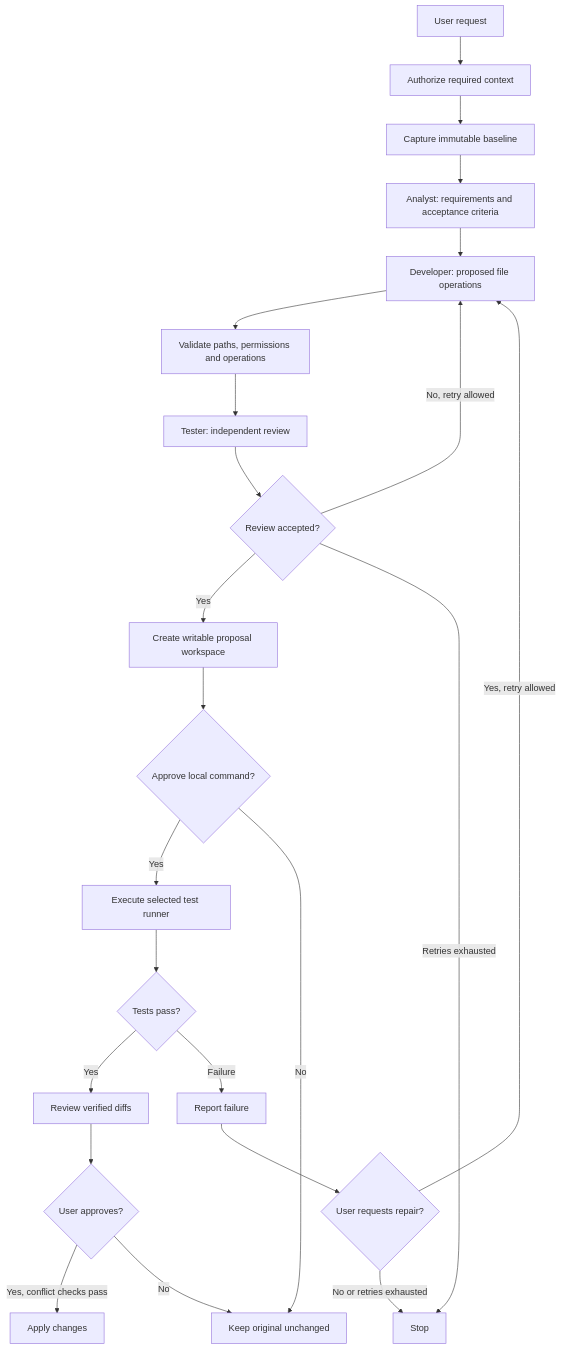
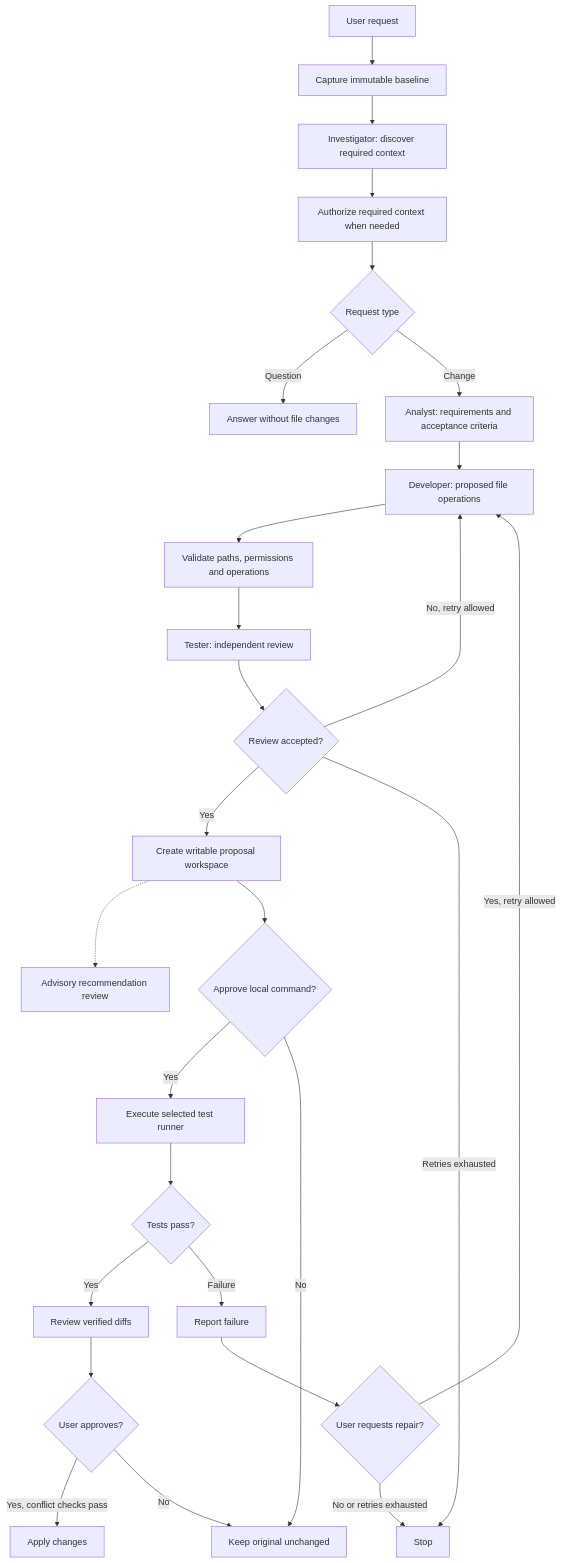
Before and after one commit to cmartinferrer/cmf-dev-studio: the second of 2 diagrams in README.md, drawn with Mermaid. The commit also changed other lines of this file and 6 other files, not shown here.

````diff
--- a/README.md
+++ b/README.md
@@ -109,25 +124,29 @@
 ```mermaid
 flowchart TD
-    Task[User request] --> Context[Authorize required context]
-    Context --> Snapshot[Capture immutable baseline]
-    Snapshot --> Analyst[Analyst: requirements and acceptance criteria]
+    Task[User request] --> Snapshot[Capture immutable baseline]
+    Snapshot --> Investigation[Investigator: discover required context]
+    Investigation --> Context[Authorize required context when needed]
+    Context --> Intent{Request type}
+    Intent -->|Question| Answer[Answer without file changes]
+    Intent -->|Change| Analyst[Analyst: requirements and acceptance criteria]
     Analyst --> Developer[Developer: proposed file operations]
     Developer --> Validate[Validate paths, permissions and operations]
     Validate --> Tester[Tester: independent review]
     Tester --> Review{Review accepted?}
     Review -->|No, retry allowed| Developer
     Review -->|Yes| Workspace[Create writable proposal workspace]
+    Workspace -.-> Rec[Advisory recommendation review]
     Workspace --> Permission{Approve local command?}
     Permission -->|Yes| Run[Execute selected test runner]
     Permission -->|No| Keep
     Run --> Result{Tests pass?}
     Result -->|Yes| Diff[Review verified diffs]
     Result -->|Failure| Failure[Report failure]
     Failure --> Repair{User requests repair?}
     Repair -->|Yes, retry allowed| Developer
     Repair -->|No or retries exhausted| Stop[Stop]
     Review -->|Retries exhausted| Stop
     Diff --> Approval{User approves?}
     Approval -->|Yes, conflict checks pass| Apply[Apply changes]
     Approval -->|No| Keep[Keep original unchanged]
 ```
````
